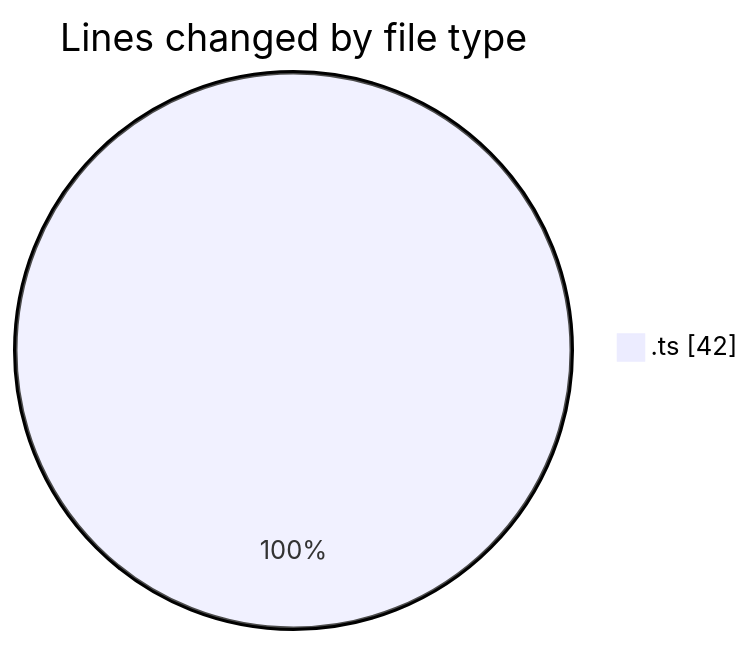
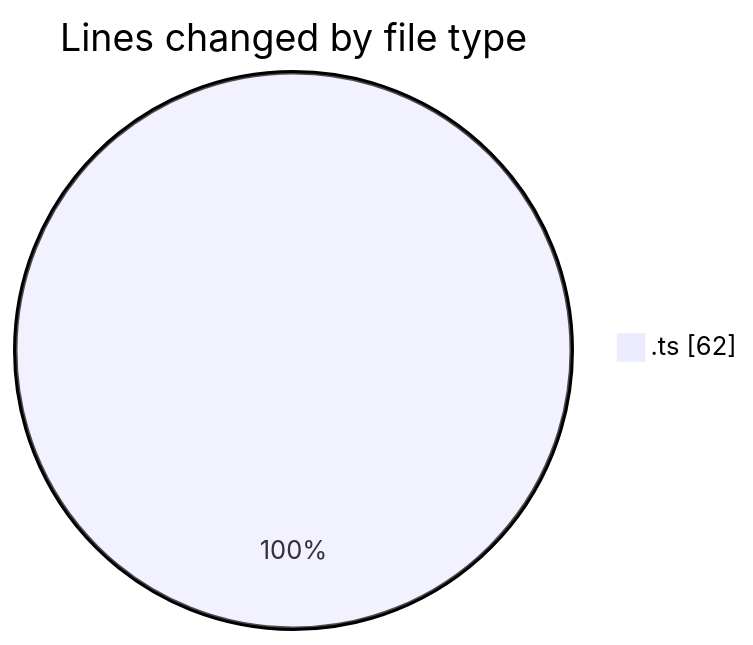
The first of 2 diagrams in 2025-08-13/cda/README.md (momahboobian/code-tracking), drawn with Mermaid before and after one commit. The commit also changed other lines of this file and 1 other file, not shown here.

````diff
--- a/2025-08-13/cda/README.md
+++ b/2025-08-13/cda/README.md
@@ -20,5 +20,5 @@
 ```mermaid
 pie showData
 title Lines changed by file type
-".ts" : 42
+".ts" : 62
 ```
````
